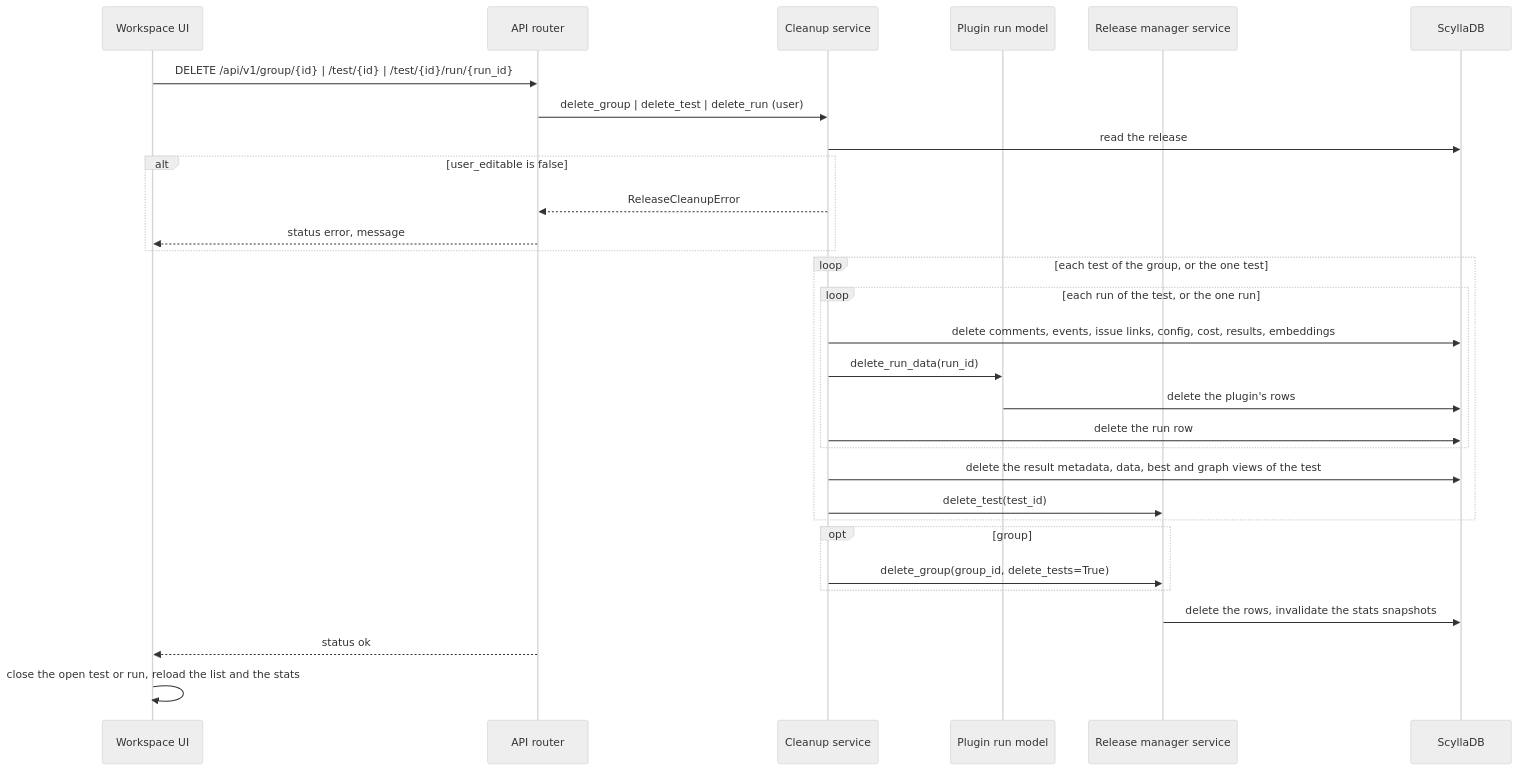
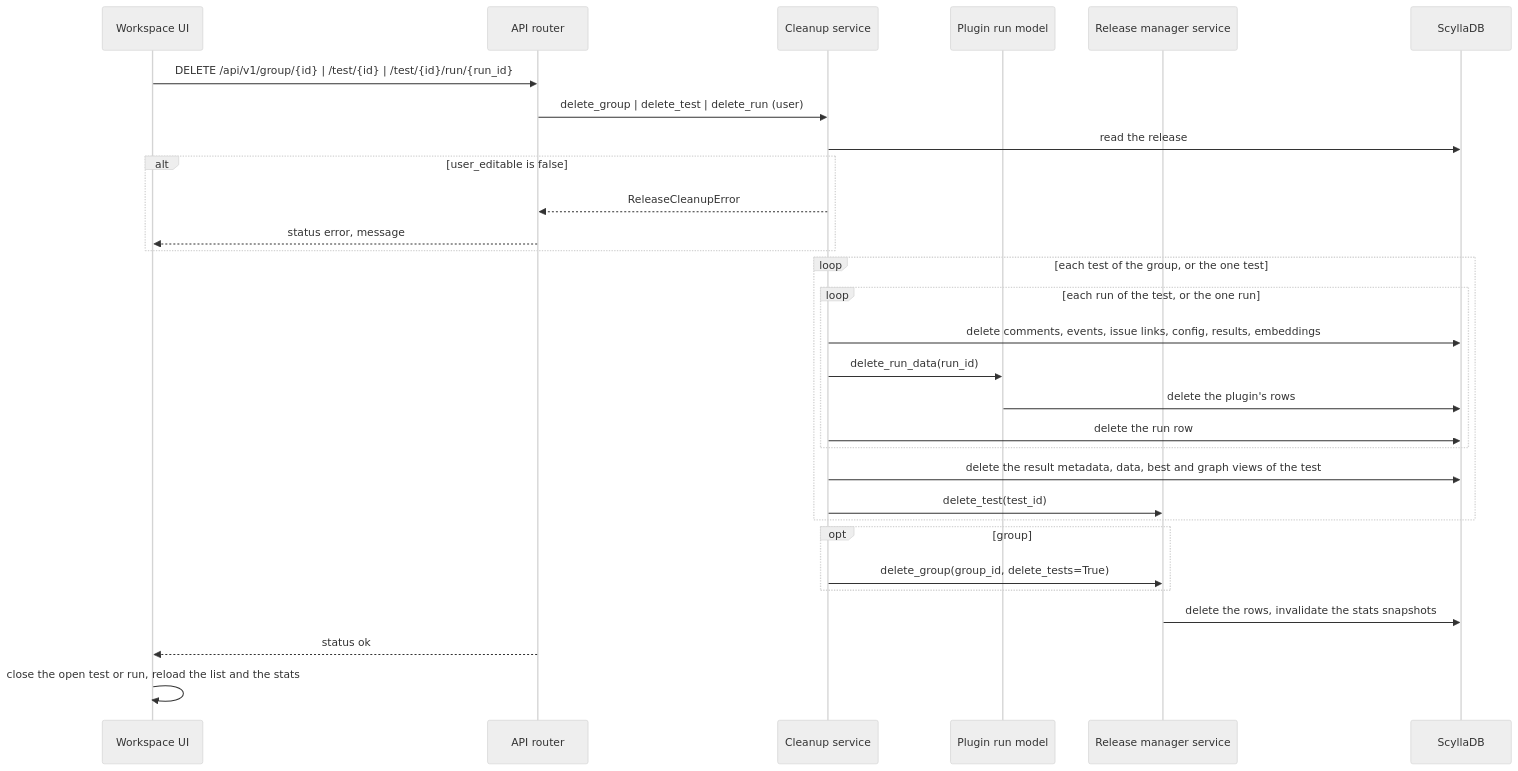
Before and after one commit to scylladb/argus: the diagram in tasks/ARGUS-129/spec.md, drawn with Mermaid (neutral theme). The commit also changed other lines of this file and 4 other files, not shown here.

````diff
--- a/tasks/ARGUS-129/spec.md
+++ b/tasks/ARGUS-129/spec.md
@@ -45,32 +45,32 @@
 ```mermaid
 sequenceDiagram
     participant U as Workspace UI
     participant R as API router
     participant C as Cleanup service
     participant P as Plugin run model
     participant M as Release manager service
     participant DB as ScyllaDB
     U->>R: DELETE /api/v1/group/{id} | /test/{id} | /test/{id}/run/{run_id}
     R->>C: delete_group | delete_test | delete_run (user)
     C->>DB: read the release
     alt user_editable is false
         C-->>R: ReleaseCleanupError
         R-->>U: status error, message
     end
     loop each test of the group, or the one test
         loop each run of the test, or the one run
-            C->>DB: delete comments, events, issue links, config, cost, results, embeddings
+            C->>DB: delete comments, events, issue links, config, results, embeddings
             C->>P: delete_run_data(run_id)
             P->>DB: delete the plugin's rows
             C->>DB: delete the run row
         end
         C->>DB: delete the result metadata, data, best and graph views of the test
         C->>M: delete_test(test_id)
     end
     opt group
         C->>M: delete_group(group_id, delete_tests=True)
     end
     M->>DB: delete the rows, invalidate the stats snapshots
     R-->>U: status ok
     U->>U: close the open test or run, reload the list and the stats
 ```
````
